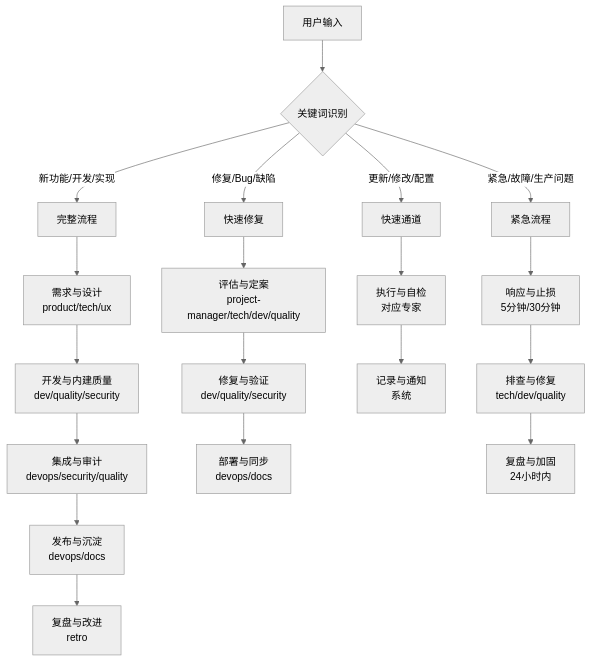
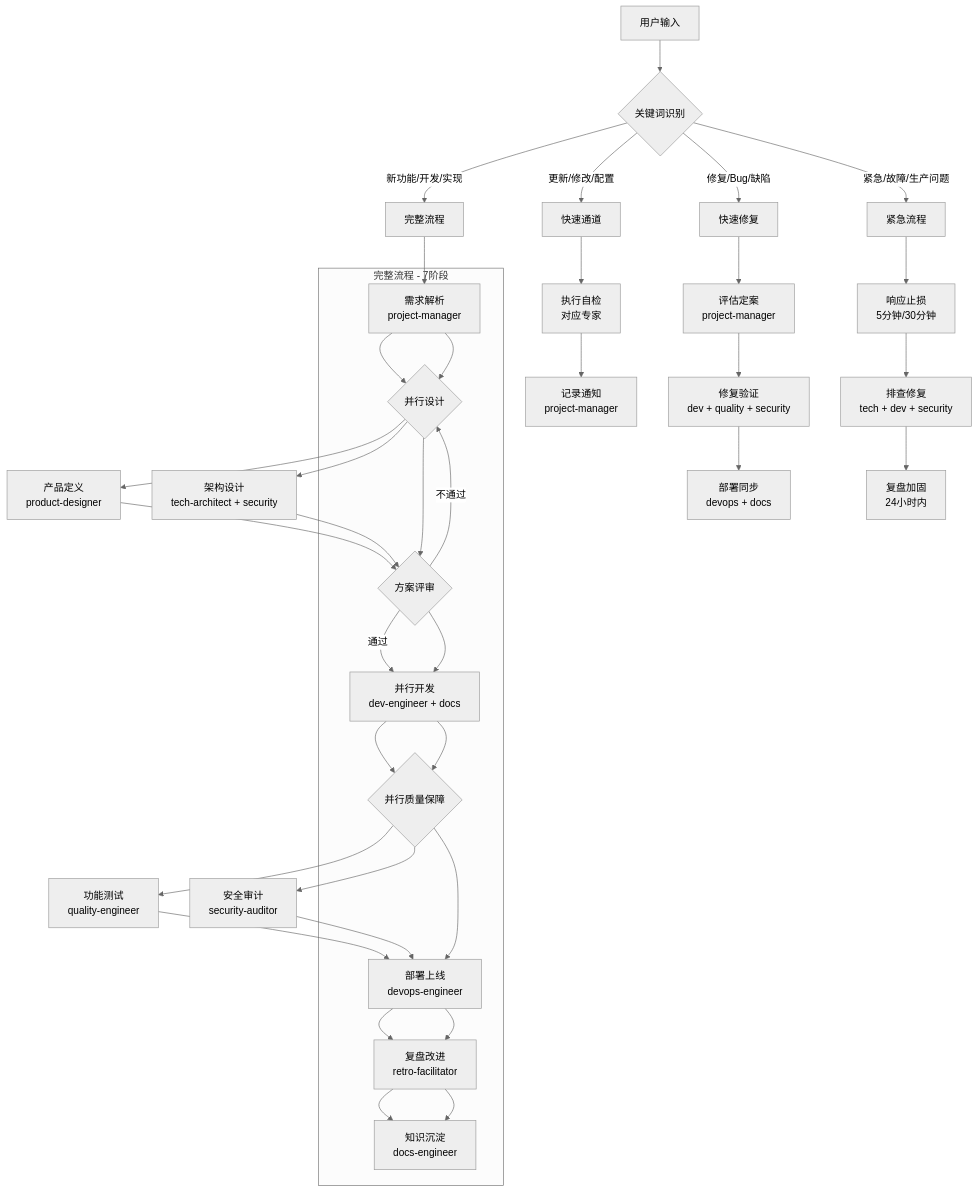
One commit to Tooooommy/Trae-Workflow changed the second of 6 diagrams in skills/project-manager/SKILL.md. Above: the diagram before and after it, drawn with Mermaid (neutral theme). The commit also changed other lines of this file and 3 other files, not shown here.

````diff
--- a/skills/project-manager/SKILL.md
+++ b/skills/project-manager/SKILL.md
@@ -67,25 +67,37 @@
 ```mermaid
 flowchart TD
     A[用户输入] --> B{关键词识别}
     B -->|新功能/开发/实现| C[完整流程]
     B -->|修复/Bug/缺陷| D[快速修复]
     B -->|更新/修改/配置| E[快速通道]
     B -->|紧急/故障/生产问题| F[紧急流程]
 
-    C --> C1[需求与设计<br/>product/tech/ux]
-    C1 --> C2[开发与内建质量<br/>dev/quality/security]
-    C2 --> C3[集成与审计<br/>devops/security/quality]
-    C3 --> C4[发布与沉淀<br/>devops/docs]
-    C4 --> C5[复盘与改进<br/>retro]
+    C --> C1[需求解析<br/>project-manager]
+    C1 --> C2{并行设计}
+    C2 --> C2a[产品定义<br/>product-designer]
+    C2 --> C2b[架构设计<br/>tech-architect + security]
+    C2a & C2b --> C3{方案评审}
+    C3 -->|通过| C4[并行开发<br/>dev-engineer + docs]
+    C3 -->|不通过| C2
+    C4 --> C5{并行质量保障}
+    C5 --> C5a[功能测试<br/>quality-engineer]
+    C5 --> C5b[安全审计<br/>security-auditor]
+    C5a & C5b --> C6[部署上线<br/>devops-engineer]
+    C6 --> C7[复盘改进<br/>retro-facilitator]
+    C7 --> C8[知识沉淀<br/>docs-engineer]
 
-    D --> D1[评估与定案<br/>project-manager/tech/dev/quality]
-    D1 --> D2[修复与验证<br/>dev/quality/security]
-    D2 --> D3[部署与同步<br/>devops/docs]
+    D --> D1[评估定案<br/>project-manager]
+    D1 --> D2[修复验证<br/>dev + quality + security]
+    D2 --> D3[部署同步<br/>devops + docs]
 
-    E --> E1[执行与自检<br/>对应专家]
-    E1 --> E2[记录与通知<br/>系统]
+    E --> E1[执行自检<br/>对应专家]
+    E1 --> E2[记录通知<br/>project-manager]
 
-    F --> F1[响应与止损<br/>5分钟/30分钟]
-    F1 --> F2[排查与修复<br/>tech/dev/quality]
-    F2 --> F3[复盘与加固<br/>24小时内]
+    F --> F1[响应止损<br/>5分钟/30分钟]
+    F1 --> F2[排查修复<br/>tech + dev + security]
+    F2 --> F3[复盘加固<br/>24小时内]
+
+    subgraph "完整流程 - 7阶段"
+        C1 --> C2 --> C3 --> C4 --> C5 --> C6 --> C7 --> C8
+    end
 ```
````
